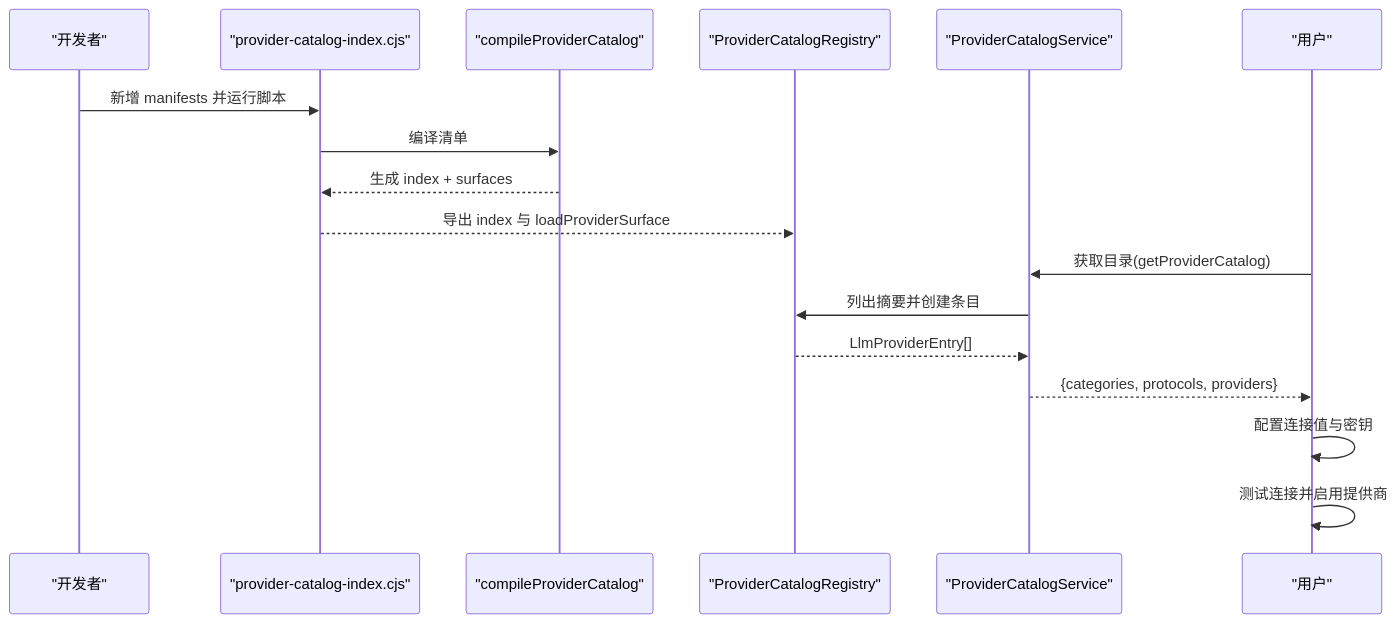
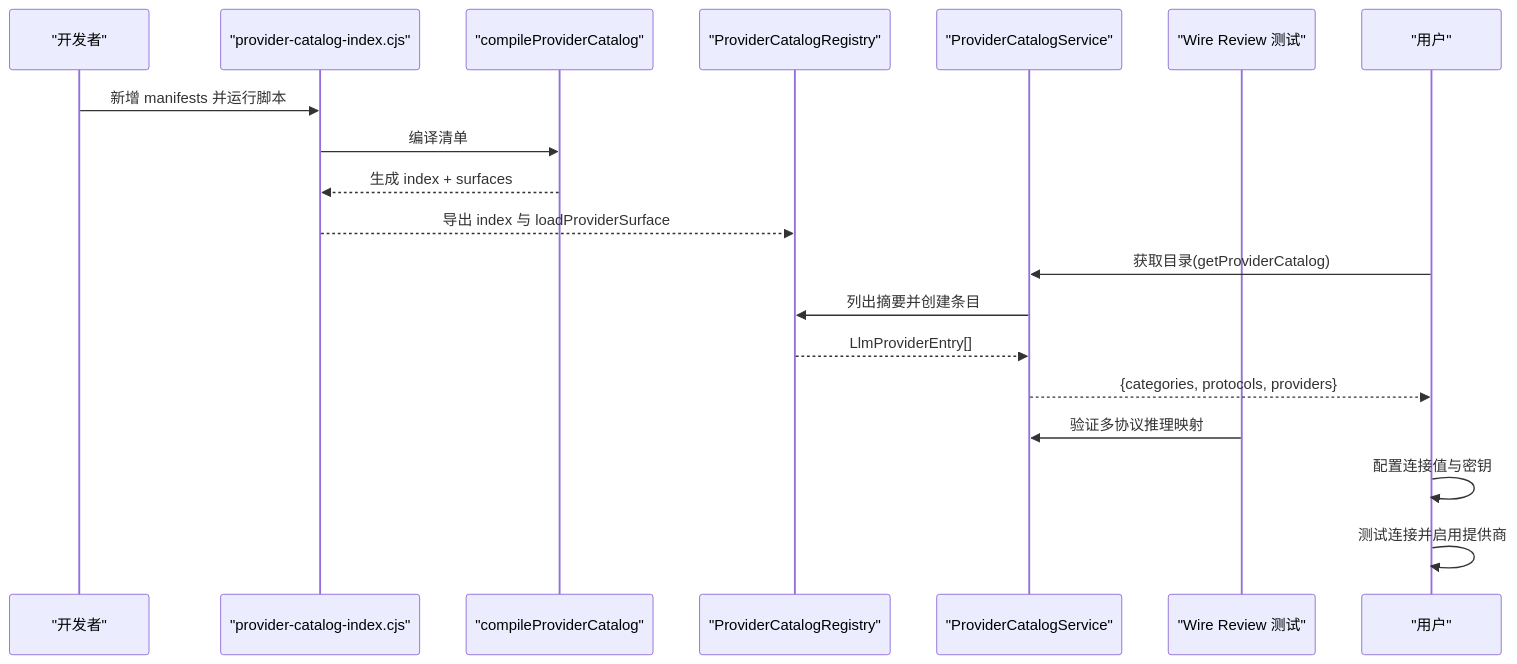
One commit to haolange/RDC-Agent changed the seventh of 7 diagrams in .qoder/repowiki/zh/content/核心模块/Provider 系统/Provider 目录管理.md. Above: the diagram before and after it, drawn with Mermaid. The commit also changed other lines of this file and 80 other files, not shown here.

````diff
--- a/.qoder/repowiki/zh/content/核心模块/Provider 系统/Provider 目录管理.md
+++ b/.qoder/repowiki/zh/content/核心模块/Provider 系统/Provider 目录管理.md
@@ -486,19 +564,21 @@
 ```mermaid
 sequenceDiagram
 participant Dev as "开发者"
 participant Script as "provider-catalog-index.cjs"
 participant Compiler as "compileProviderCatalog"
 participant Runtime as "ProviderCatalogRegistry"
 participant Service as "ProviderCatalogService"
+participant WireTest as "Wire Review 测试"
 participant User as "用户"
 Dev->>Script : 新增 manifests 并运行脚本
 Script->>Compiler : 编译清单
 Compiler-->>Script : 生成 index + surfaces
 Script-->>Runtime : 导出 index 与 loadProviderSurface
 User->>Service : 获取目录(getProviderCatalog)
 Service->>Runtime : 列出摘要并创建条目
 Runtime-->>Service : LlmProviderEntry[]
 Service-->>User : {categories, protocols, providers}
+WireTest->>Service : 验证多协议推理映射
 User->>User : 配置连接值与密钥
 User->>User : 测试连接并启用提供商
 ```
````
